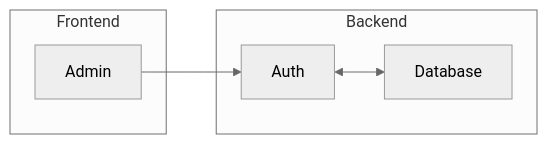
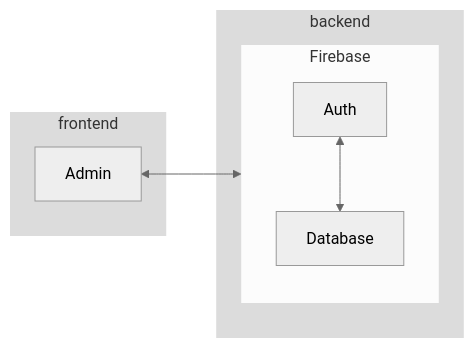
One commit to alexandrebekor/webapp-my-wallet changed the diagram in README.md. Above: the diagram before and after it, drawn with Mermaid (neutral theme). The commit also changed other lines of this file and 4 other files, not shown here.

````diff
--- a/README.md
+++ b/README.md
@@ -9,10 +9,15 @@
 ```mermaid
-flowchart LR;
-    Admin-->Auth
-    subgraph Backend
-      Auth<-->Database
+flowchart RL;
+    subgraph backend
+    style backend fill:#DCDCDC, stroke-width: 0
+      subgraph Firebase
+        style Firebase stroke-width: 0
+        Auth<-->Database
+      end
     end
-    subgraph Frontend
+    subgraph frontend
+    style frontend fill:#DCDCDC, stroke-width: 0
       Admin
     end
+    Firebase<-->Admin
 ```
````
